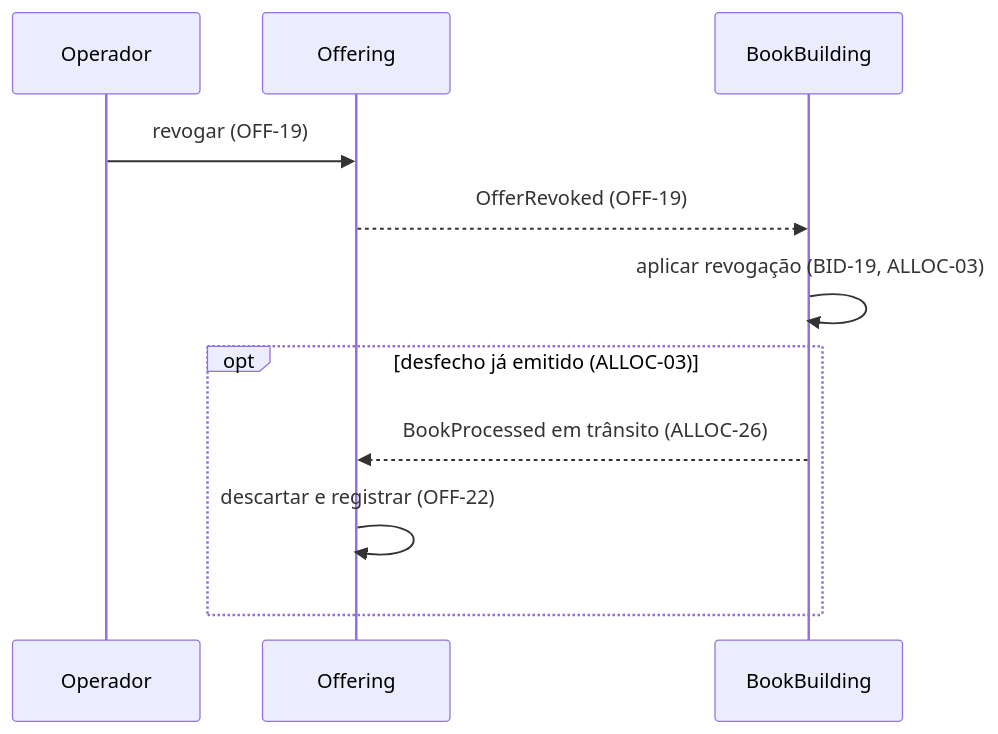
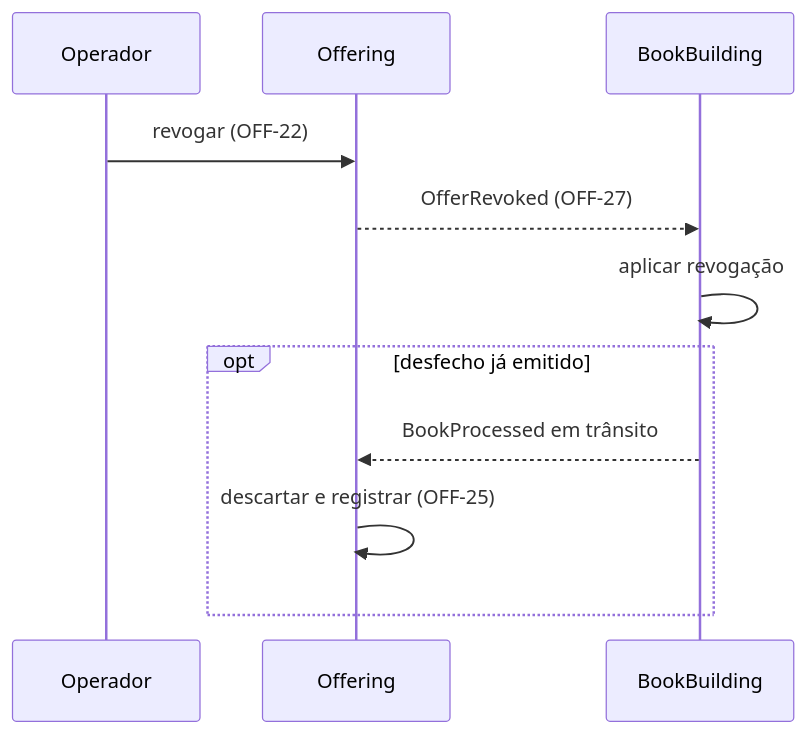
One commit to guilhermesalvi/fund-distribution-platform changed the third of 3 diagrams in docs/specs/offer-lifecycle/spec.md. Above: the diagram before and after it, drawn with Mermaid. The commit also changed other lines of this file and 7 other files, not shown here.

````diff
--- a/docs/specs/offer-lifecycle/spec.md
+++ b/docs/specs/offer-lifecycle/spec.md
@@ -176,13 +186,13 @@
 ```mermaid
 sequenceDiagram
     participant Operador
     participant Offering
     participant BookBuilding
-    Operador->>Offering: revogar (OFF-19)
-    Offering-->>BookBuilding: OfferRevoked (OFF-19)
-    BookBuilding->>BookBuilding: aplicar revogação (BID-19, ALLOC-03)
-    opt desfecho já emitido (ALLOC-03)
-        BookBuilding-->>Offering: BookProcessed em trânsito (ALLOC-26)
-        Offering->>Offering: descartar e registrar (OFF-22)
+    Operador->>Offering: revogar (OFF-22)
+    Offering-->>BookBuilding: OfferRevoked (OFF-27)
+    BookBuilding->>BookBuilding: aplicar revogação
+    opt desfecho já emitido
+        BookBuilding-->>Offering: BookProcessed em trânsito
+        Offering->>Offering: descartar e registrar (OFF-25)
     end
 ```
````
